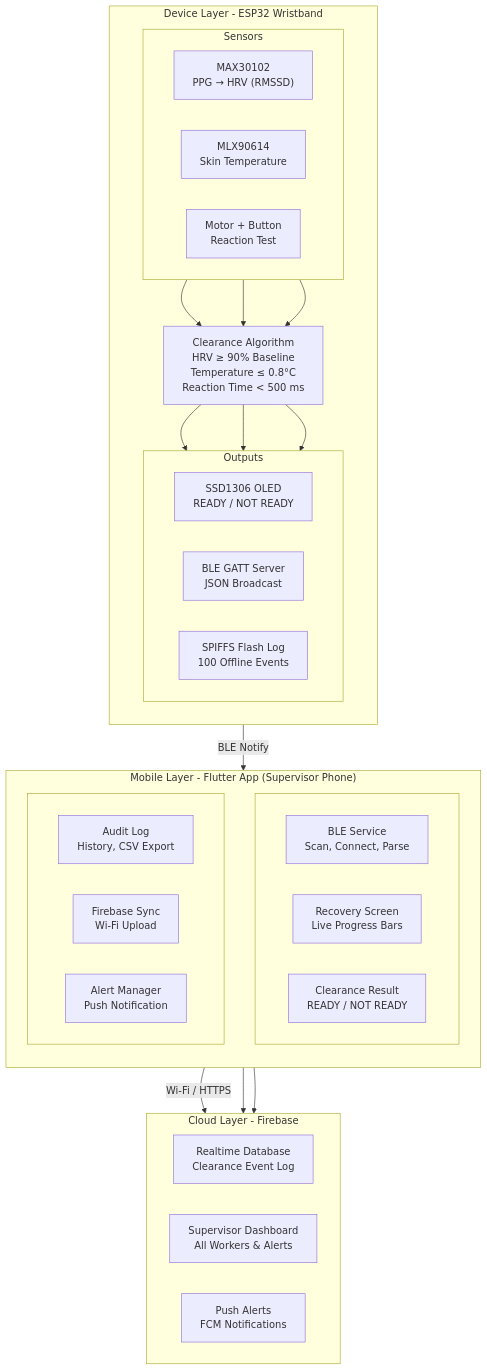
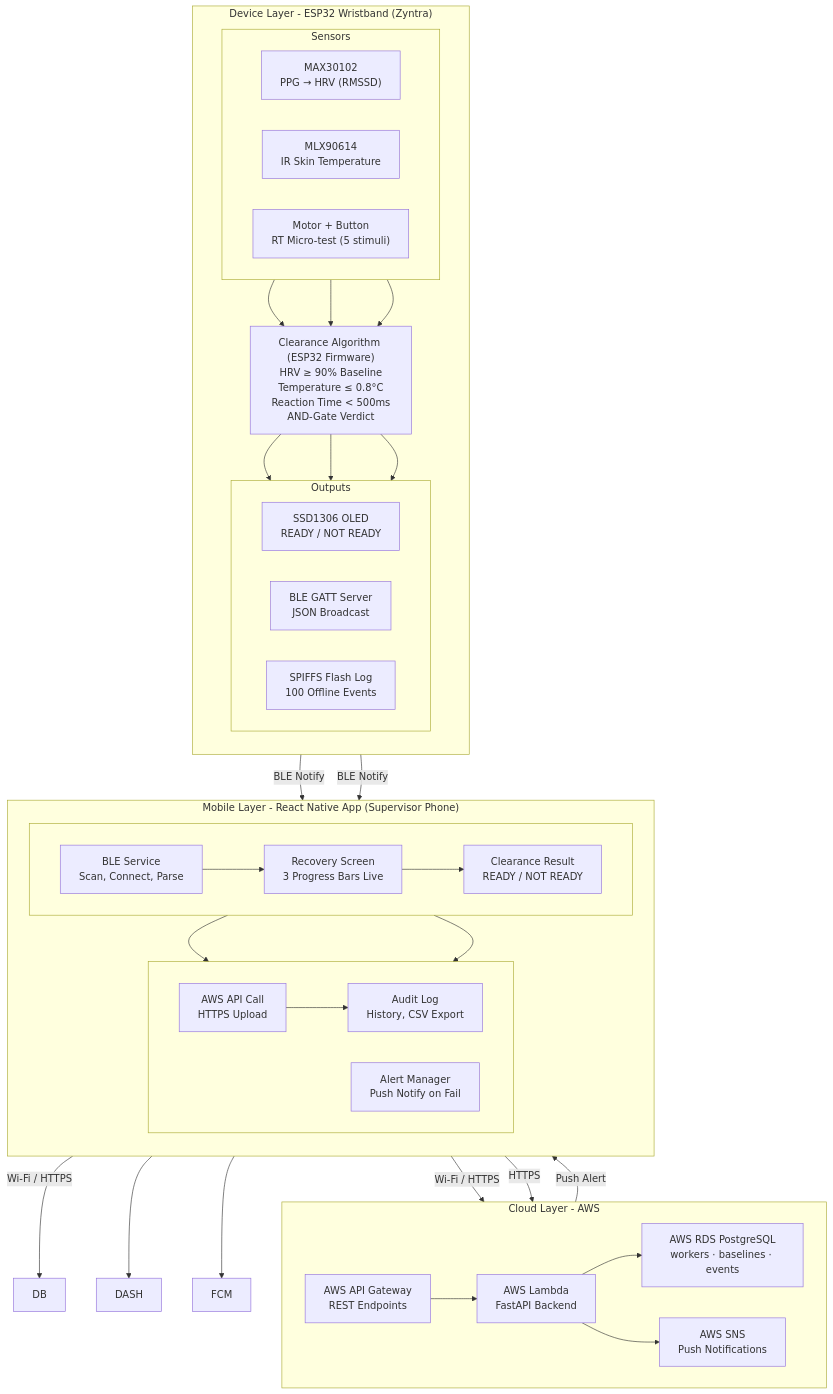
Before and after one commit to hasinidd/Zyntra_Sem5: the diagram in README.md, drawn with Mermaid.

Commit message:
Update system architecture from Firebase to AWS

````diff
--- a/README.md
+++ b/README.md
@@ -46,61 +46,64 @@
 ```mermaid
 flowchart TB
-
-subgraph Cloud["Cloud Layer - Firebase"]
+subgraph Cloud["Cloud Layer - AWS"]
     direction LR
-    DB["Realtime Database<br/>Clearance Event Log"]
-    DASH["Supervisor Dashboard<br/>All Workers & Alerts"]
-    FCM["Push Alerts<br/>FCM Notifications"]
+    APIGW["AWS API Gateway<br/>REST Endpoints"]
+    LAMBDA["AWS Lambda<br/>FastAPI Backend"]
+    RDS["AWS RDS PostgreSQL<br/>workers · baselines · events"]
+    SNS["AWS SNS<br/>Push Notifications"]
+    APIGW --> LAMBDA
+    LAMBDA --> RDS
+    LAMBDA --> SNS
 end
-
-subgraph Mobile["Mobile Layer - Flutter App (Supervisor Phone)"]
+subgraph Mobile["Mobile Layer - React Native App (Supervisor Phone)"]
     direction TB
-
     subgraph MobileTop[" "]
         direction LR
         BLE["BLE Service<br/>Scan, Connect, Parse"]
-        REC["Recovery Screen<br/>Live Progress Bars"]
+        REC["Recovery Screen<br/>3 Progress Bars Live"]
         RESULT["Clearance Result<br/>READY / NOT READY"]
     end
-
     subgraph MobileBottom[" "]
         direction LR
         AUDIT["Audit Log<br/>History, CSV Export"]
-        SYNC["Firebase Sync<br/>Wi-Fi Upload"]
-        ALERT["Alert Manager<br/>Push Notification"]
+        SYNC["AWS API Call<br/>HTTPS Upload"]
+        ALERT["Alert Manager<br/>Push Notify on Fail"]
     end
 end
-
-subgraph Device["Device Layer - ESP32 Wristband"]
+subgraph Device["Device Layer - ESP32 Wristband (Zyntra)"]
     direction TB
-
     subgraph Sensors["Sensors"]
         direction LR
         MAX["MAX30102<br/>PPG → HRV (RMSSD)"]
-        TEMP["MLX90614<br/>Skin Temperature"]
-        RT["Motor + Button<br/>Reaction Test"]
+        TEMP["MLX90614<br/>IR Skin Temperature"]
+        RT["Motor + Button<br/>RT Micro-test (5 stimuli)"]
     end
-
-    ALG["Clearance Algorithm<br/>HRV ≥ 90% Baseline<br/>Temperature ≤ 0.8°C<br/>Reaction Time < 500 ms"]
-
+    ALG["Clearance Algorithm (ESP32 Firmware)<br/>HRV ≥ 90% Baseline<br/>Temperature ≤ 0.8°C<br/>Reaction Time < 500ms<br/>AND-Gate Verdict"]
     subgraph Outputs["Outputs"]
         direction LR
         OLED["SSD1306 OLED<br/>READY / NOT READY"]
         GATT["BLE GATT Server<br/>JSON Broadcast"]
         LOG["SPIFFS Flash Log<br/>100 Offline Events"]
     end
-
     MAX --> ALG
     TEMP --> ALG
     RT --> ALG
-
     ALG --> OLED
     ALG --> GATT
     ALG --> LOG
 end
+GATT -- BLE Notify --> BLE
+BLE --> REC
+REC --> RESULT
+RESULT --> SYNC
+RESULT --> ALERT
+SYNC -- Wi-Fi / HTTPS --> APIGW
+ALERT -- HTTPS --> APIGW
+SNS -- Push Alert --> ALERT
+SYNC --> AUDIT
 
 GATT -- BLE Notify --> BLE
 SYNC -- Wi-Fi / HTTPS --> DB
 SYNC --> DASH
 SYNC --> FCM
 ```
````
